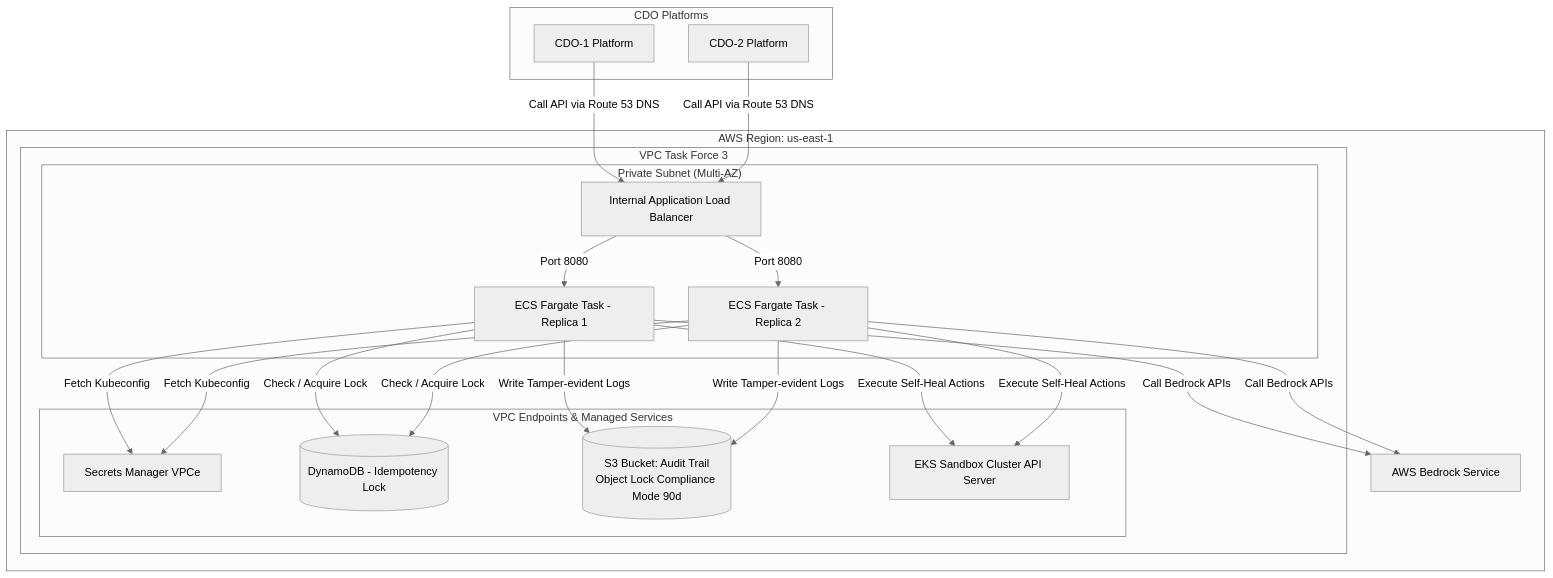
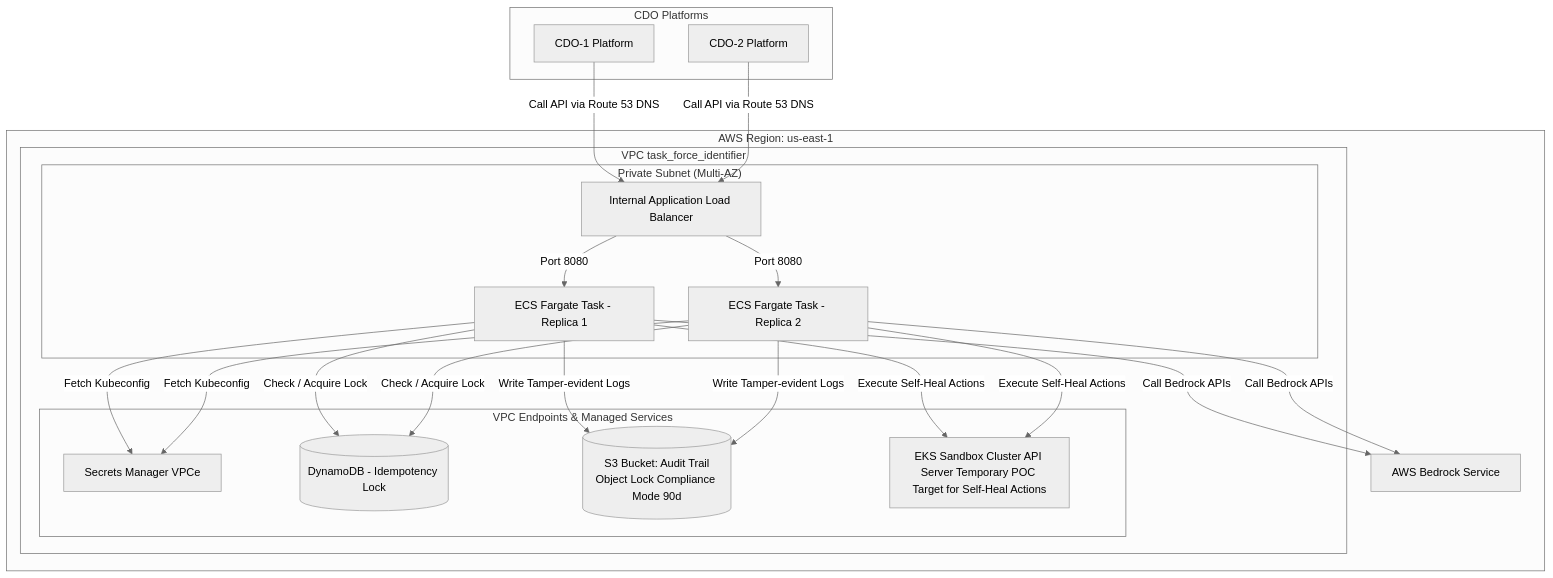
The diagram in tf-3/ai/contracts/deployment-contract.md (AIops-g4/Capstone-Phase-2-Code), drawn with Mermaid (neutral theme) before and after one commit. The commit also changed other lines of this file and 5 other files, not shown here.

````diff
--- a/tf-3/ai/contracts/deployment-contract.md
+++ b/tf-3/ai/contracts/deployment-contract.md
@@ -227,36 +243,36 @@
 ```mermaid
 graph TB
     subgraph "AWS Region: us-east-1"
-        subgraph "VPC Task Force 3"
+        subgraph "VPC task_force_identifier"
             subgraph "Private Subnet (Multi-AZ)"
                 ALB[Internal Application Load Balancer]
                 ECS1[ECS Fargate Task - Replica 1]
                 ECS2[ECS Fargate Task - Replica 2]
                 ALB -->|Port 8080| ECS1
                 ALB -->|Port 8080| ECS2
             end
             
             subgraph "VPC Endpoints & Managed Services"
                 SM[Secrets Manager VPCe]
                 DDB[(DynamoDB - Idempotency Lock)]
                 S3[(S3 Bucket: Audit Trail<br>Object Lock Compliance Mode 90d)]
-                EKS_API[EKS Sandbox Cluster API Server]
+                EKS_API[EKS Sandbox Cluster API Server Temporary POC Target for Self-Heal Actions]
             end
             
             ECS1 & ECS2 -->|Fetch Kubeconfig| SM
             ECS1 & ECS2 -->|Check / Acquire Lock| DDB
             ECS1 & ECS2 -->|Write Tamper-evident Logs| S3
             ECS1 & ECS2 -->|Execute Self-Heal Actions| EKS_API
         end
         
         Bedrock[AWS Bedrock Service]
         ECS1 & ECS2 -->|Call Bedrock APIs| Bedrock
     end
 
     subgraph "CDO Platforms"
         CDO1[CDO-1 Platform]
         CDO2[CDO-2 Platform]
     end
 
     CDO1 & CDO2 -->|Call API via Route 53 DNS| ALB
 ```
````
